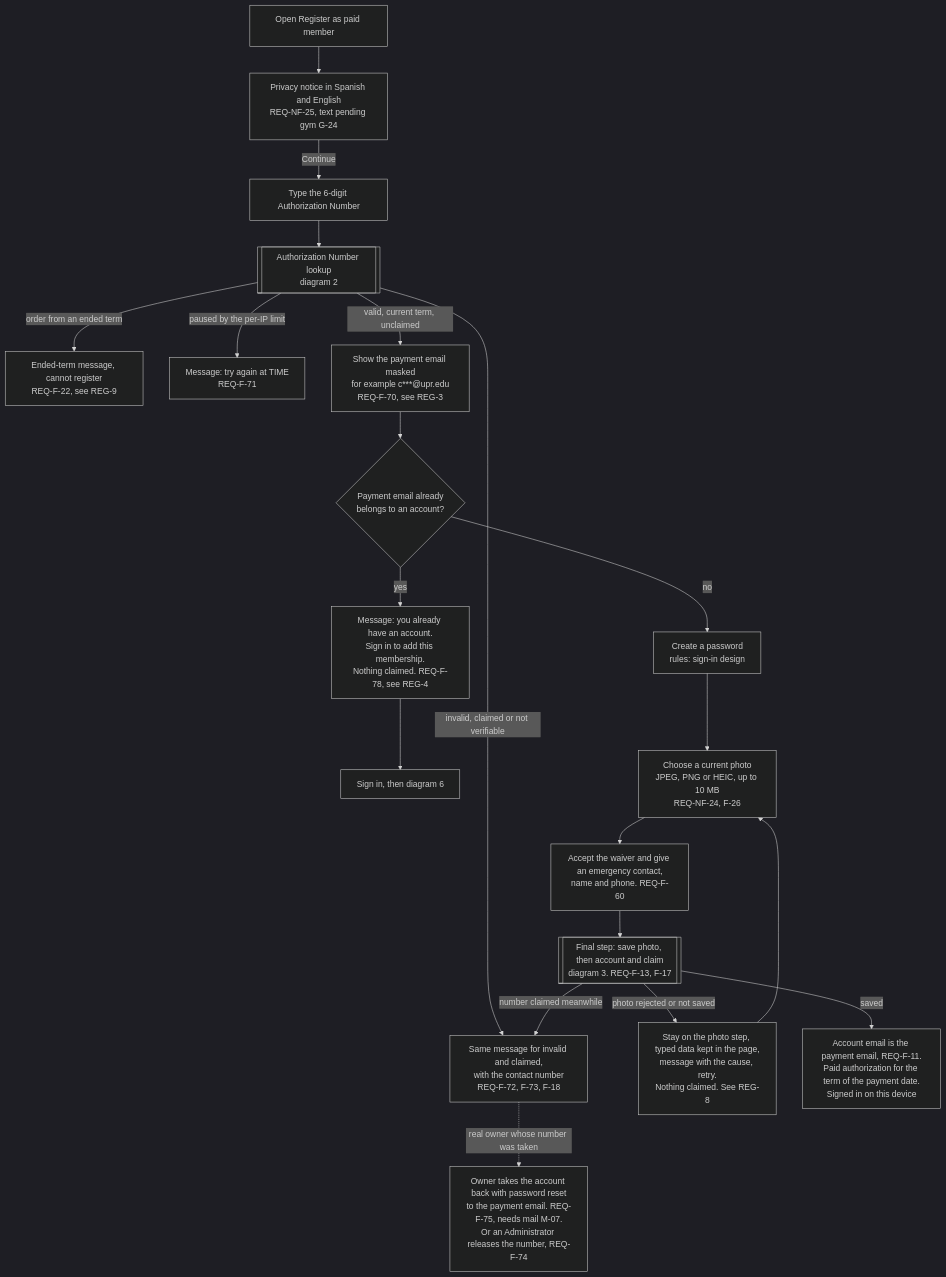
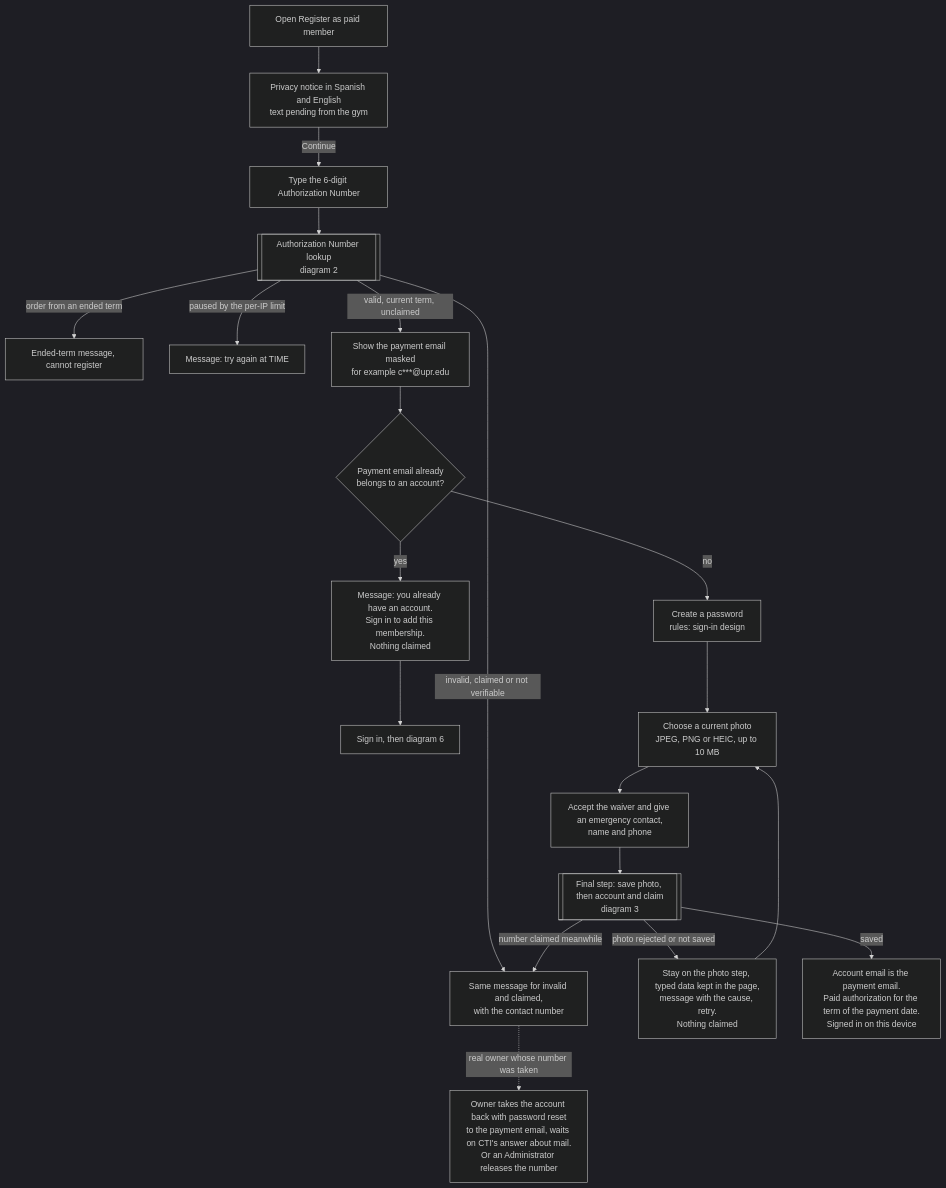
One commit to Th3-Minorities/natatorio-gym-app changed the first of 9 diagrams in docs/design/registration-flows.md. Above: the diagram before and after it, drawn with Mermaid (dark theme). The commit also changed other lines of this file, not shown here.

Commit message:
Use an email link for "I am an athlete" and delete photos on undo

````diff
--- a/docs/design/registration-flows.md
+++ b/docs/design/registration-flows.md
@@ -16,22 +18,22 @@
 ```mermaid
 flowchart TD
-  START["Open Register as paid member"] --> PN["Privacy notice in Spanish and English<br/>REQ-NF-25, text pending gym G-24"]
+  START["Open Register as paid member"] --> PN["Privacy notice in Spanish and English<br/>text pending from the gym"]
   PN -->|"Continue"| NUM["Type the 6-digit Authorization Number"]
   NUM --> LK[["Authorization Number lookup<br/>diagram 2"]]
-  LK -->|"invalid, claimed or not verifiable"| M1["Same message for invalid and claimed,<br/>with the contact number<br/>REQ-F-72, F-73, F-18"]
-  LK -->|"order from an ended term"| M2["Ended-term message, cannot register<br/>REQ-F-22, see REG-9"]
-  LK -->|"paused by the per-IP limit"| M3["Message: try again at TIME<br/>REQ-F-71"]
-  LK -->|"valid, current term, unclaimed"| MASK["Show the payment email masked<br/>for example c***@upr.edu<br/>REQ-F-70, see REG-3"]
+  LK -->|"invalid, claimed or not verifiable"| M1["Same message for invalid and claimed,<br/>with the contact number"]
+  LK -->|"order from an ended term"| M2["Ended-term message, cannot register"]
+  LK -->|"paused by the per-IP limit"| M3["Message: try again at TIME"]
+  LK -->|"valid, current term, unclaimed"| MASK["Show the payment email masked<br/>for example c***@upr.edu"]
   MASK --> HAS{"Payment email already<br/>belongs to an account?"}
-  HAS -->|"yes"| REN["Message: you already have an account.<br/>Sign in to add this membership.<br/>Nothing claimed. REQ-F-78, see REG-4"]
+  HAS -->|"yes"| REN["Message: you already have an account.<br/>Sign in to add this membership.<br/>Nothing claimed"]
   REN --> SI["Sign in, then diagram 6"]
   HAS -->|"no"| PW["Create a password<br/>rules: sign-in design"]
-  PW --> PH["Choose a current photo<br/>JPEG, PNG or HEIC, up to 10 MB<br/>REQ-NF-24, F-26"]
-  PH --> WV["Accept the waiver and give an emergency contact,<br/>name and phone. REQ-F-60"]
-  WV --> FIN[["Final step: save photo, then account and claim<br/>diagram 3. REQ-F-13, F-17"]]
-  FIN -->|"photo rejected or not saved"| PF["Stay on the photo step, typed data kept in the page,<br/>message with the cause, retry.<br/>Nothing claimed. See REG-8"]
+  PW --> PH["Choose a current photo<br/>JPEG, PNG or HEIC, up to 10 MB"]
+  PH --> WV["Accept the waiver and give an emergency contact,<br/>name and phone"]
+  WV --> FIN[["Final step: save photo, then account and claim<br/>diagram 3"]]
+  FIN -->|"photo rejected or not saved"| PF["Stay on the photo step, typed data kept in the page,<br/>message with the cause, retry.<br/>Nothing claimed"]
   PF --> PH
   FIN -->|"number claimed meanwhile"| M1
-  FIN -->|"saved"| OK["Account email is the payment email, REQ-F-11.<br/>Paid authorization for the term of the payment date.<br/>Signed in on this device"]
-  M1 -.->|"real owner whose number was taken"| RO["Owner takes the account back with password reset<br/>to the payment email. REQ-F-75, needs mail M-07.<br/>Or an Administrator releases the number, REQ-F-74"]
+  FIN -->|"saved"| OK["Account email is the payment email.<br/>Paid authorization for the term of the payment date.<br/>Signed in on this device"]
+  M1 -.->|"real owner whose number was taken"| RO["Owner takes the account back with password reset<br/>to the payment email, waits on CTI's answer about mail.<br/>Or an Administrator releases the number"]
 ```
````
